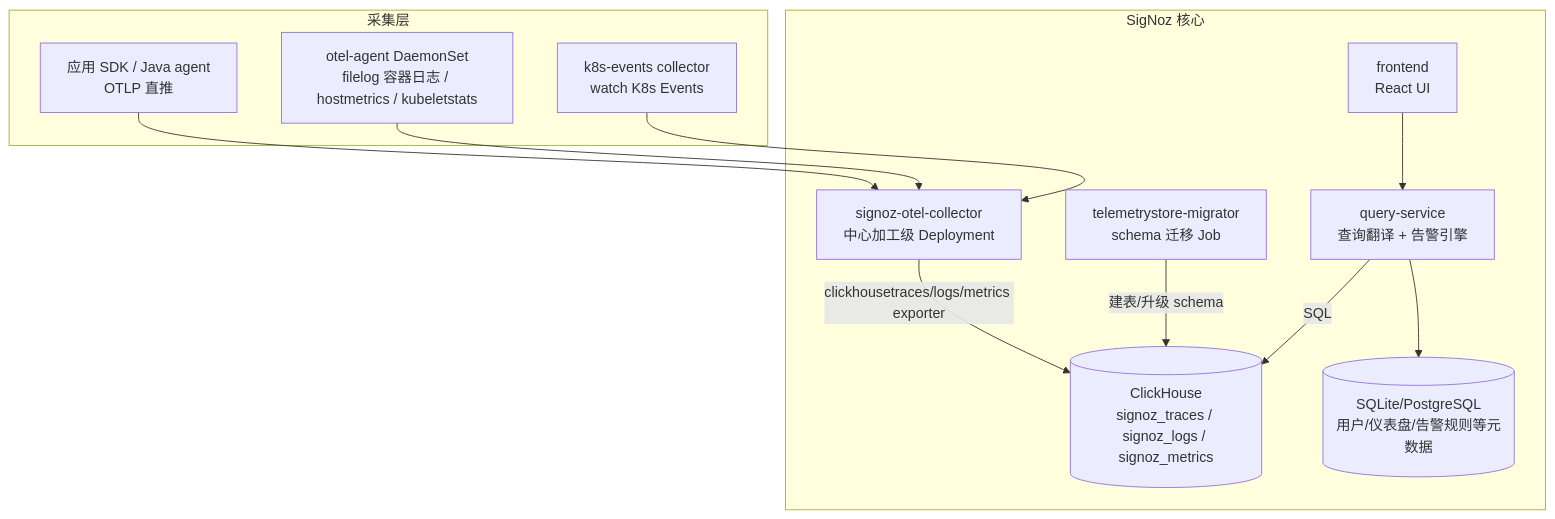
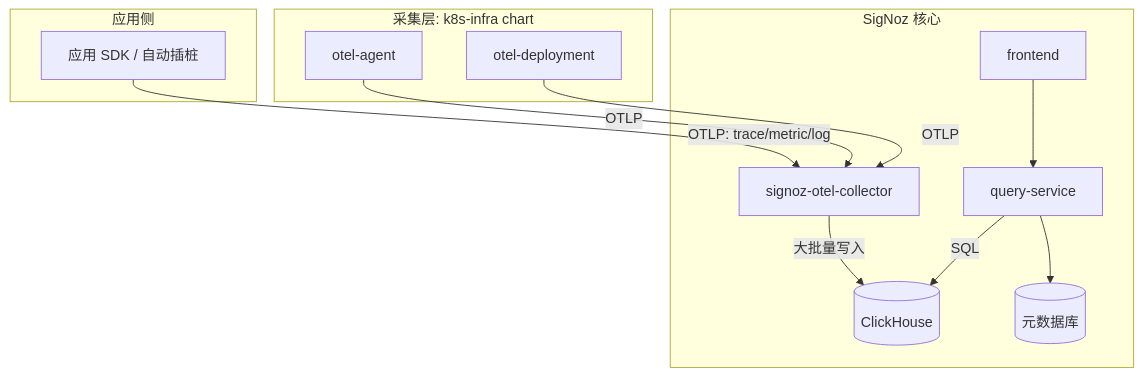
Before and after one commit to songli0103/notes: the second of 4 diagrams in 10-云原生/02-平台组件/04-SigNoz/SigNoz.md, drawn with Mermaid. The commit also changed other lines of this file and 6 other files, not shown here.

````diff
--- a/10-云原生/02-平台组件/04-SigNoz/SigNoz.md
+++ b/10-云原生/02-平台组件/04-SigNoz/SigNoz.md
@@ -69,24 +76,24 @@
 ```mermaid
 flowchart TB
-    subgraph 采集层
-        SDK[应用 SDK / Java agent<br/>OTLP 直推]
-        AGENT[otel-agent DaemonSet<br/>filelog 容器日志 / hostmetrics / kubeletstats]
-        EVENTS[k8s-events collector<br/>watch K8s Events]
+    subgraph L1["应用侧"]
+        SDK["应用 SDK / 自动插桩"]
     end
-    subgraph SigNoz 核心
-        COL[signoz-otel-collector<br/>中心加工级 Deployment]
-        CH[(ClickHouse<br/>signoz_traces / signoz_logs / signoz_metrics)]
-        QS[query-service<br/>查询翻译 + 告警引擎]
-        FE[frontend<br/>React UI]
-        META[(SQLite/PostgreSQL<br/>用户/仪表盘/告警规则等元数据)]
-        MIG[telemetrystore-migrator<br/>schema 迁移 Job]
+    subgraph L2["采集层: k8s-infra chart"]
+        AGENT["otel-agent"]
+        DEPLOY["otel-deployment"]
     end
-    SDK --> COL
-    AGENT --> COL
-    EVENTS --> COL
-    COL -->|clickhousetraces/logs/metrics exporter| CH
-    MIG -->|建表/升级 schema| CH
+    subgraph L3["SigNoz 核心"]
+        COL["signoz-otel-collector"]
+        CH[("ClickHouse")]
+        QS["query-service"]
+        FE["frontend"]
+        META[("元数据库")]
+    end
+    SDK -->|"OTLP: trace/metric/log"| COL
+    AGENT -->|OTLP| COL
+    DEPLOY -->|OTLP| COL
+    COL -->|大批量写入| CH
     FE --> QS
     QS -->|SQL| CH
     QS --> META
 ```
````
